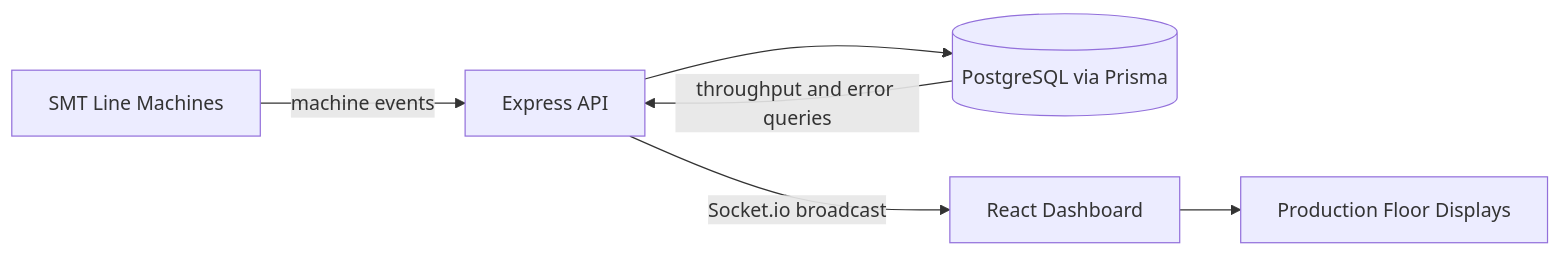
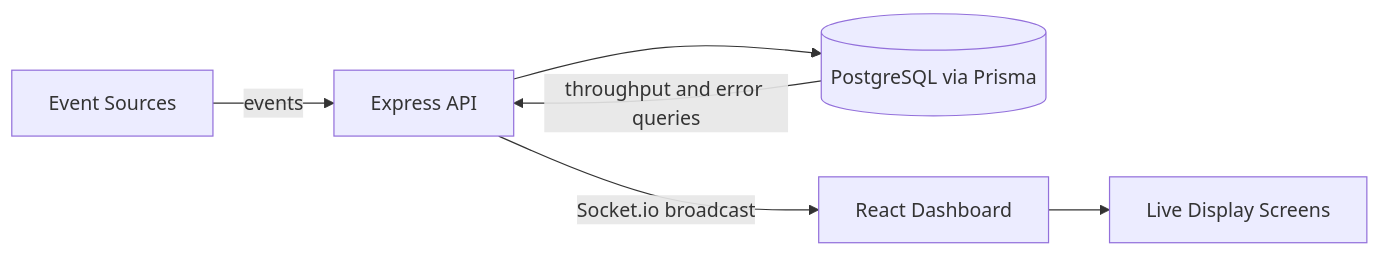
Before and after one commit to Iamrentoria211/Iamrentoria211: the first of 3 diagrams in README.md, drawn with Mermaid. The commit also changed other lines of this file, not shown here.

````diff
--- a/README.md
+++ b/README.md
@@ -101,8 +101,8 @@
 ```mermaid
 flowchart LR
-    A[SMT Line Machines] -->|machine events| B[Express API]
+    A[Event Sources] -->|events| B[Express API]
     B --> C[(PostgreSQL via Prisma)]
     B -->|Socket.io broadcast| D[React Dashboard]
     C -->|throughput and error queries| B
-    D --> E[Production Floor Displays]
+    D --> E[Live Display Screens]
 ```
````
